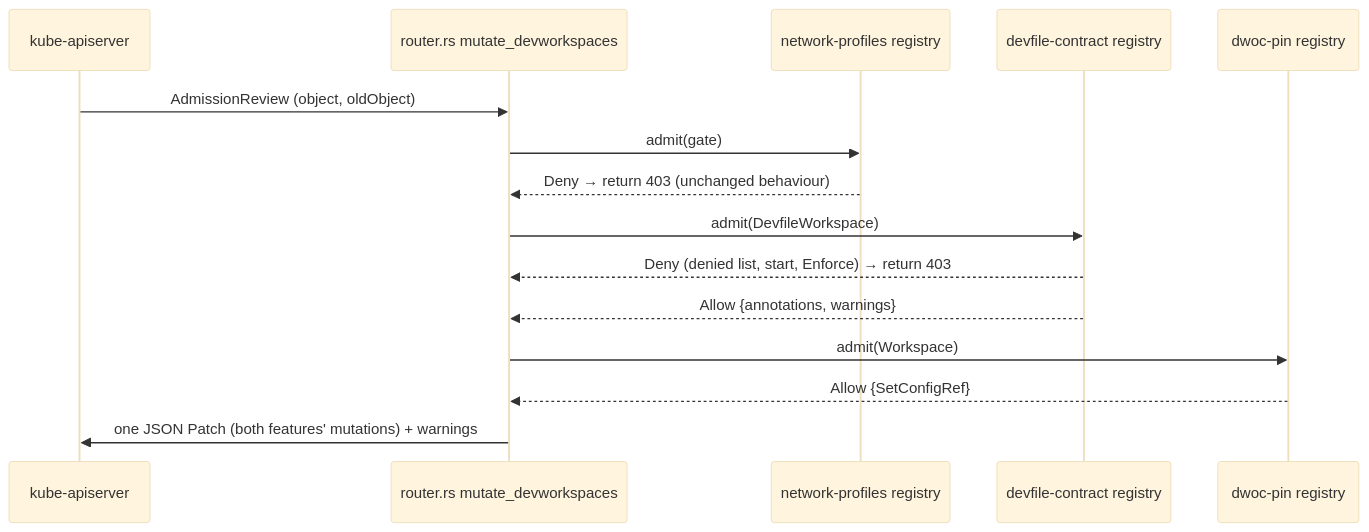
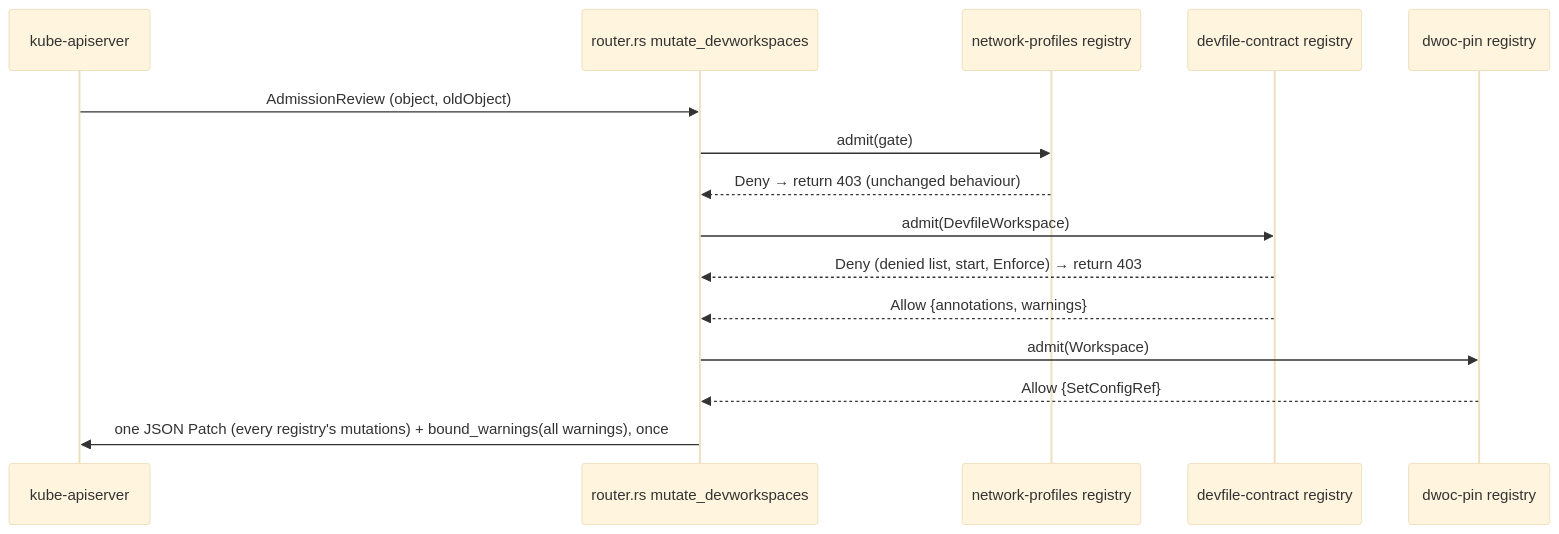
One commit to batleforc/weebo-si-hardening changed the third of 5 diagrams in docs/rfc/0019-devfile-contract.md. Above: the diagram before and after it, drawn with Mermaid (base theme). The commit also changed other lines of this file and 3 other files, not shown here.

````diff
--- a/docs/rfc/0019-devfile-contract.md
+++ b/docs/rfc/0019-devfile-contract.md
@@ -493,17 +530,17 @@
 ```mermaid
 sequenceDiagram
     participant API as kube-apiserver
     participant R as router.rs mutate_devworkspaces
     participant NP as network-profiles registry
     participant DC as devfile-contract registry
     participant DP as dwoc-pin registry
     API->>R: AdmissionReview (object, oldObject)
     R->>NP: admit(gate)
     NP-->>R: Deny → return 403 (unchanged behaviour)
     R->>DC: admit(DevfileWorkspace)
     DC-->>R: Deny (denied list, start, Enforce) → return 403
     DC-->>R: Allow {annotations, warnings}
     R->>DP: admit(Workspace)
     DP-->>R: Allow {SetConfigRef}
-    R->>API: one JSON Patch (both features' mutations) + warnings
+    R->>API: one JSON Patch (every registry's mutations) + bound_warnings(all warnings), once
 ```
````
